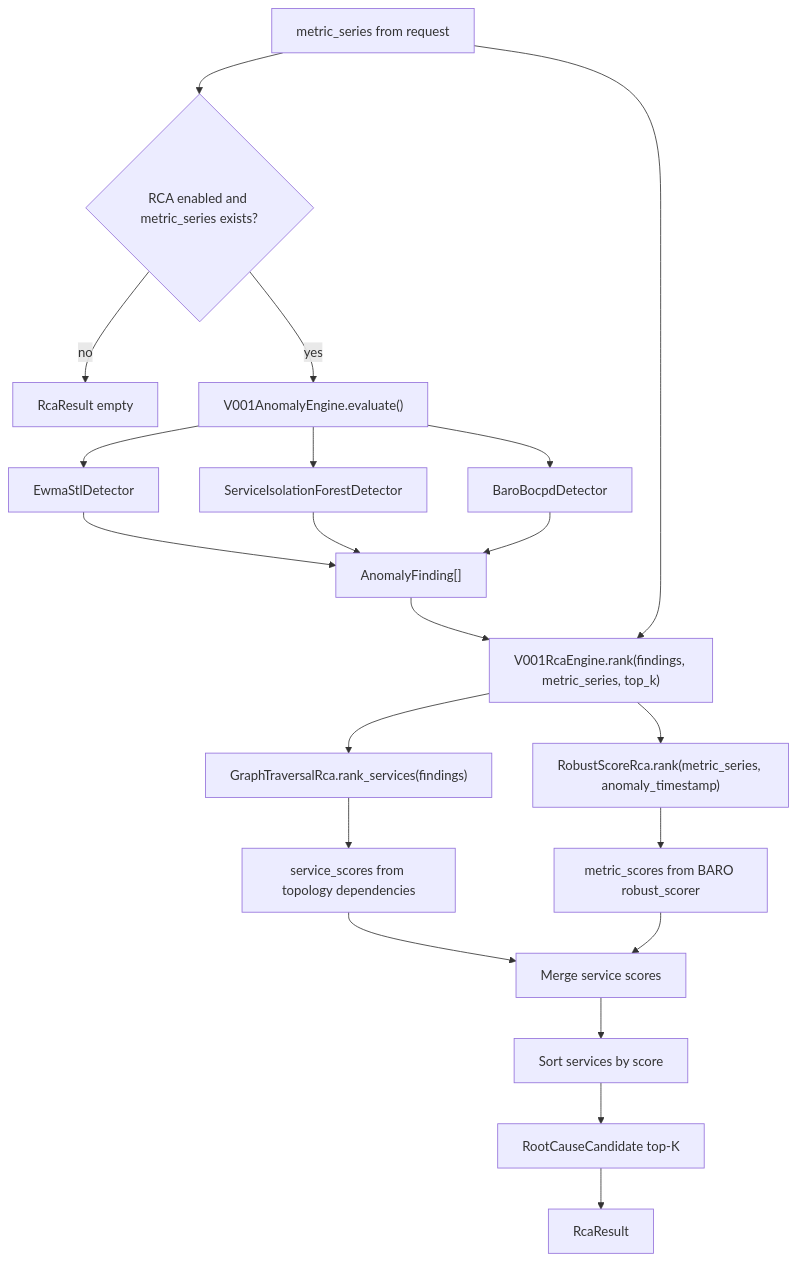
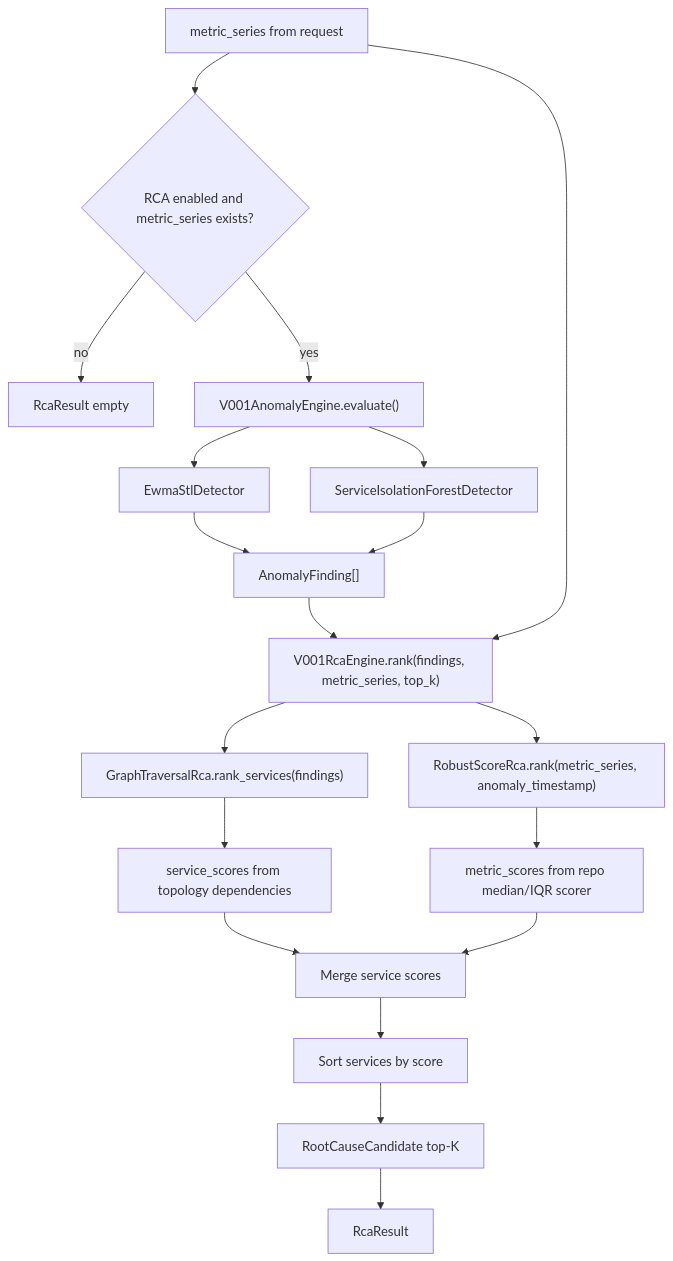
One commit to tf2-team/tf2-corp-platform changed the third of 5 diagrams in src/aio/docs/pipelines/v0.0.3.md. Above: the diagram before and after it, drawn with Mermaid. The commit also changed 51 other files, not shown here.

````diff
--- a/src/aio/docs/pipelines/v0.0.3.md
+++ b/src/aio/docs/pipelines/v0.0.3.md
@@ -87,29 +87,27 @@
 ```mermaid
 flowchart TD
     A["metric_series from request"] --> B{"RCA enabled and metric_series exists?"}
     B -->|no| C["RcaResult empty"]
     B -->|yes| D["V001AnomalyEngine.evaluate()"]
 
     D --> D1["EwmaStlDetector"]
     D --> D2["ServiceIsolationForestDetector"]
-    D --> D3["BaroBocpdDetector"]
 
     D1 --> E["AnomalyFinding[]"]
     D2 --> E
-    D3 --> E
 
     E --> F["V001RcaEngine.rank(findings, metric_series, top_k)"]
     A --> F
 
     F --> G["GraphTraversalRca.rank_services(findings)"]
     F --> H["RobustScoreRca.rank(metric_series, anomaly_timestamp)"]
 
     G --> I["service_scores from topology dependencies"]
-    H --> J["metric_scores from BARO robust_scorer"]
+    H --> J["metric_scores from repo median/IQR scorer"]
 
     I --> K["Merge service scores"]
     J --> K
     K --> L["Sort services by score"]
     L --> M["RootCauseCandidate top-K"]
     M --> N["RcaResult"]
 ```
````
